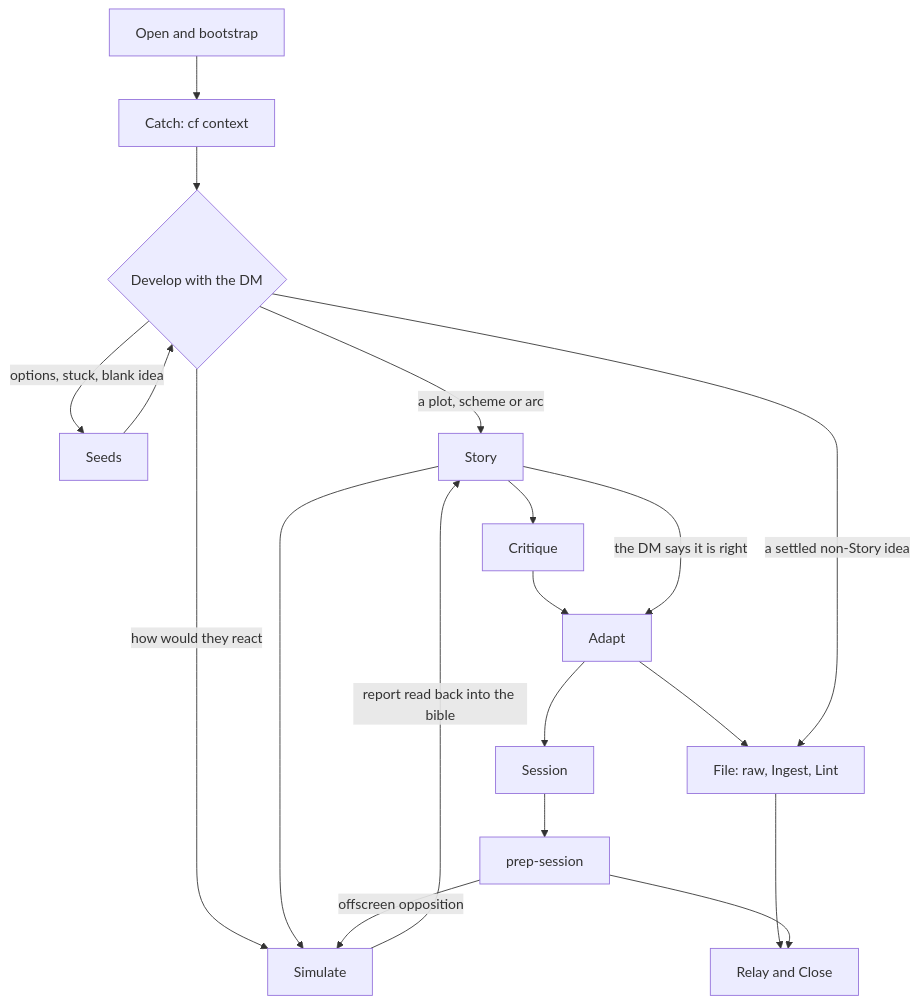
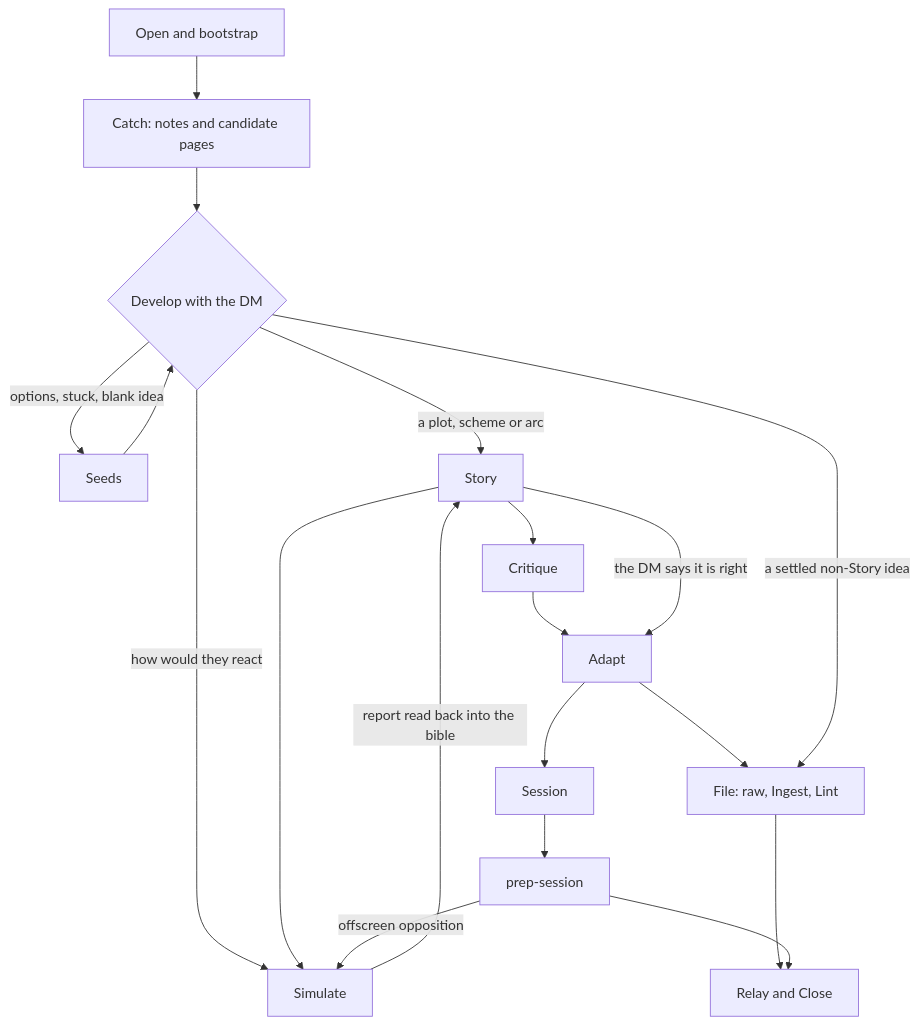
The diagram in docs/creative-process.md (Thedougler/campaign-foundry), drawn with Mermaid before and after one commit. The commit also changed other lines of this file and 37 other files, not shown here.

````diff
--- a/docs/creative-process.md
+++ b/docs/creative-process.md
@@ -17,21 +17,21 @@
 ```mermaid
 flowchart TD
-    Open["Open and bootstrap"] --> Catch["Catch: cf context"]
+    Open["Open and bootstrap"] --> Catch["Catch: notes and candidate pages"]
     Catch --> Develop{"Develop with the DM"}
     Develop -->|"options, stuck, blank idea"| Seeds["Seeds"]
     Seeds --> Develop
     Develop -->|"a plot, scheme or arc"| Story["Story"]
     Develop -->|"how would they react"| Simulate["Simulate"]
     Story --> Simulate
     Simulate -->|"report read back into the bible"| Story
     Story --> Critique["Critique"]
     Critique --> Adapt["Adapt"]
     Story -->|"the DM says it is right"| Adapt
     Adapt --> Session["Session"]
     Adapt --> File["File: raw, Ingest, Lint"]
     Develop -->|"a settled non-Story idea"| File
     Session --> Prep["prep-session"]
     Prep -->|"offscreen opposition"| Simulate
     File --> Relay["Relay and Close"]
     Prep --> Relay
 ```
````
